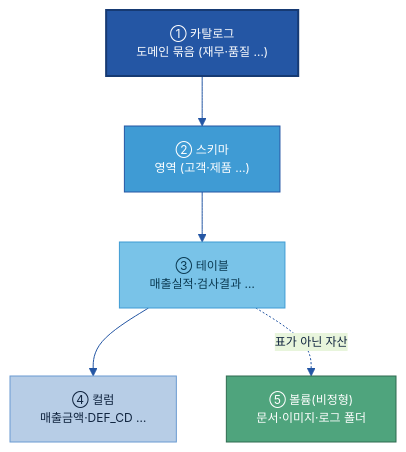
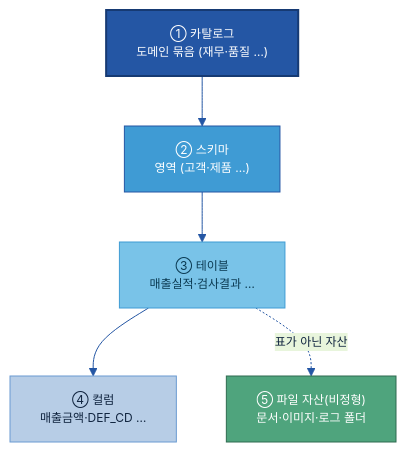
The third of 6 diagrams in 가이드 작성/A-2 메타데이터/A-2 메타데이터.md (jin-kearney/ai-ready-data-manual), drawn with Mermaid before and after one commit. The commit also changed other lines of this file, not shown here.

First line of the commit message:
docs(A-2): "볼륨(비정형)" → "파일 자산"으로 용어 평이화(고객 지적)

````diff
--- a/가이드 작성/A-2 메타데이터/A-2 메타데이터.md
+++ b/가이드 작성/A-2 메타데이터/A-2 메타데이터.md
@@ -266,16 +268,16 @@
 ```mermaid
 %%{init: {'theme':'base','themeVariables':{'primaryColor':'#DCE8F5','primaryBorderColor':'#2456A4','primaryTextColor':'#10243f','lineColor':'#2456A4','clusterBkg':'#EEF4FB','clusterBorder':'#6B9AD1','fontSize':'12px'}}}%%
 flowchart TB
     CAT["① 카탈로그<br/>도메인 묶음 (재무·품질 …)"]:::cat
     SCH["② 스키마<br/>영역 (고객·제품 …)"]:::gate
     TBL["③ 테이블<br/>매출실적·검사결과 …"]:::src
     COL["④ 컬럼<br/>매출금액·DEF_CD …"]:::n
-    VOL["⑤ 볼륨(비정형)<br/>문서·이미지·로그 폴더"]:::loop
+    VOL["⑤ 파일 자산(비정형)<br/>문서·이미지·로그 폴더"]:::loop
     CAT --> SCH --> TBL --> COL
     TBL -.표가 아닌 자산.-> VOL
     classDef n fill:#B7CDE6,stroke:#6B9AD1,color:#10243f;
     classDef src fill:#79C3E8,stroke:#3F9BD4,color:#0b3a52;
     classDef cat fill:#2456A4,color:#fff,stroke:#163a73,stroke-width:2px;
     classDef gate fill:#3F9BD4,stroke:#2456A4,color:#fff;
     classDef loop fill:#4FA47D,stroke:#2f6b50,color:#fff;
 ```
````
